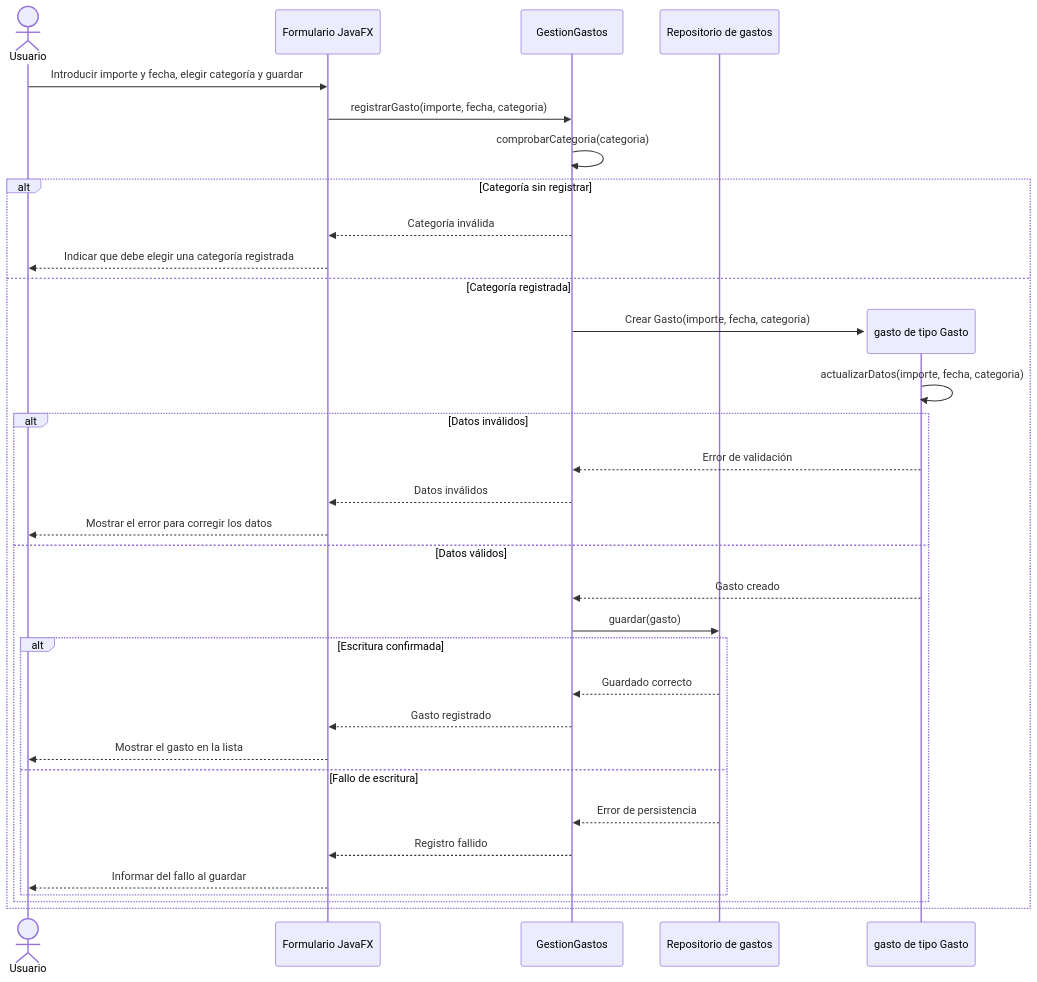
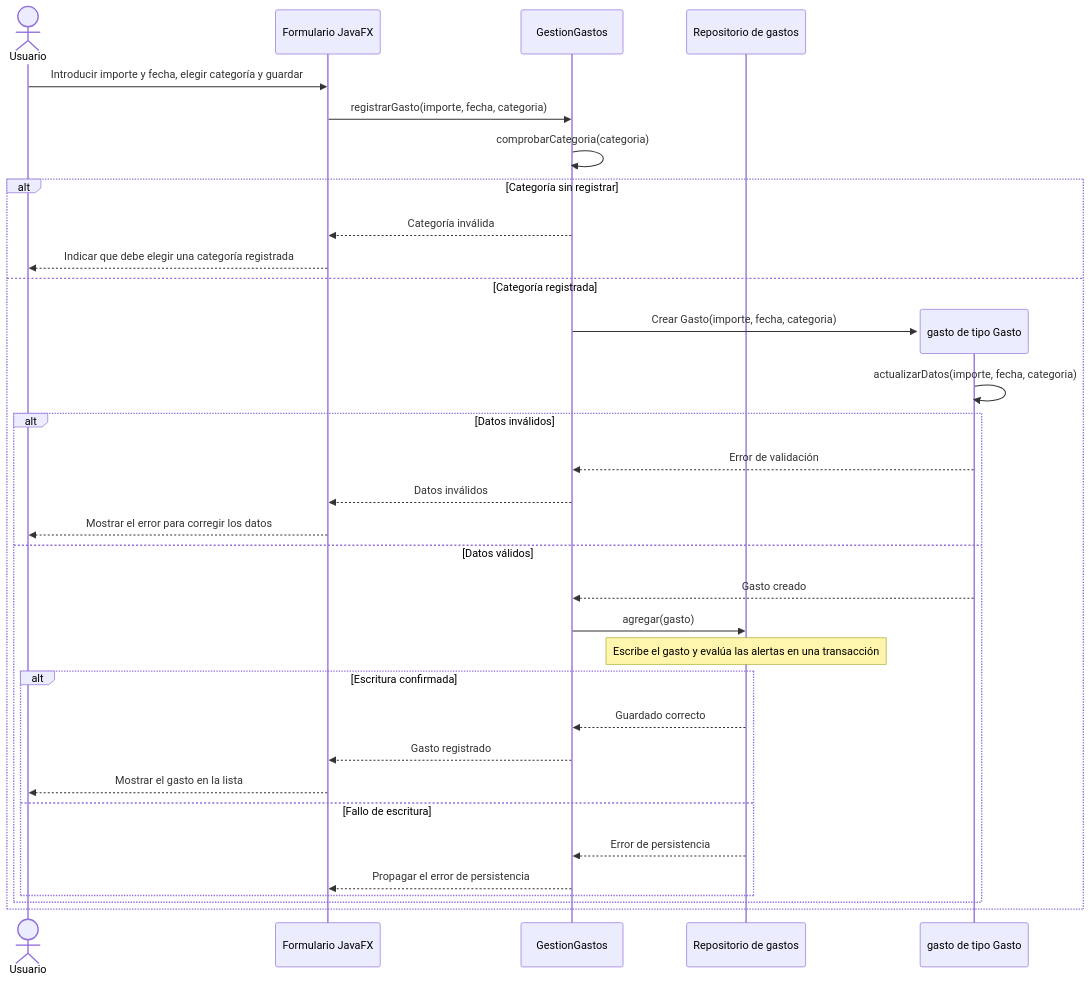
Before and after one commit to mariogabarron/TDS-Mario-Carmen: the diagram in docs/diagrama-interaccion-hu01.md, drawn with Mermaid. The commit also changed other lines of this file and 27 other files, not shown here.

Commit message:
Añadir persistencia SQLite, alertas y documentación

````diff
--- a/docs/diagrama-interaccion-hu01.md
+++ b/docs/diagrama-interaccion-hu01.md
@@ -9,35 +9,35 @@
 ```mermaid
 sequenceDiagram
     actor U as Usuario
     participant V as Formulario JavaFX
     participant C as GestionGastos
     participant R as Repositorio de gastos
     U->>V: Introducir importe y fecha, elegir categoría y guardar
     V->>C: registrarGasto(importe, fecha, categoria)
     C->>C: comprobarCategoria(categoria)
     alt Categoría sin registrar
         C-->>V: Categoría inválida
         V-->>U: Indicar que debe elegir una categoría registrada
     else Categoría registrada
         create participant G as gasto de tipo Gasto
         C->>G: Crear Gasto(importe, fecha, categoria)
         G->>G: actualizarDatos(importe, fecha, categoria)
         alt Datos inválidos
             G-->>C: Error de validación
             C-->>V: Datos inválidos
             V-->>U: Mostrar el error para corregir los datos
         else Datos válidos
             G-->>C: Gasto creado
-            C->>R: guardar(gasto)
+            C->>R: agregar(gasto)
+            Note over R: Escribe el gasto y evalúa las alertas en una transacción
             alt Escritura confirmada
                 R-->>C: Guardado correcto
                 C-->>V: Gasto registrado
                 V-->>U: Mostrar el gasto en la lista
             else Fallo de escritura
                 R-->>C: Error de persistencia
-                C-->>V: Registro fallido
-                V-->>U: Informar del fallo al guardar
+                C-->>V: Propagar el error de persistencia
             end
         end
     end
 ```
````
